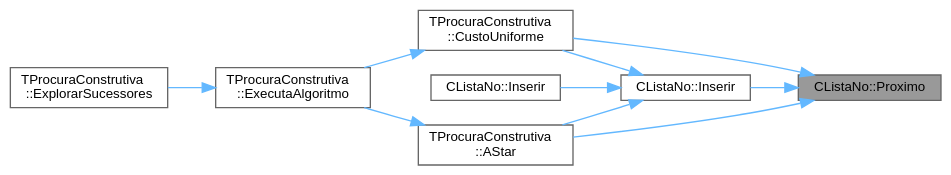
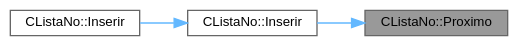
One commit to jcoelho72/TProcura changed the diagram in classCListaNo_ac0247e41530a14c23afb3279fa15bbfa_icgraph.dot. Above: the diagram before and after it, drawn with Graphviz. The commit also changed 1026 other files, not shown here.

```diff
--- a/classCListaNo_ac0247e41530a14c23afb3279fa15bbfa_icgraph.dot
+++ b/classCListaNo_ac0247e41530a14c23afb3279fa15bbfa_icgraph.dot
@@ -1,24 +1,13 @@
 digraph "CListaNo::Proximo"
 {
  // LATEX_PDF_SIZE
   bgcolor="transparent";
   edge [fontname=Helvetica,fontsize=10,labelfontname=Helvetica,labelfontsize=10];
   node [fontname=Helvetica,fontsize=10,shape=box,height=0.2,width=0.4];
   rankdir="RL";
   Node1 [id="Node000001",label="CListaNo::Proximo",height=0.2,width=0.4,color="gray40", fillcolor="grey60", style="filled", fontcolor="black",tooltip=" "];
-  Node1 -> Node2 [id="edge10_Node000001_Node000002",dir="back",color="steelblue1",style="solid",tooltip=" "];
-  Node2 [id="Node000002",label="TProcuraConstrutiva\l::AStar",height=0.2,width=0.4,color="grey40", fillcolor="white", style="filled",URL="$group__ProcurasInformadas.html#ga37dd78e1a9a6742700728135f81964b4",tooltip="Executa a procura A*, algoritmo informado."];
-  Node2 -> Node3 [id="edge11_Node000002_Node000003",dir="back",color="steelblue1",style="solid",tooltip=" "];
-  Node3 [id="Node000003",label="TProcuraConstrutiva\l::ExecutaAlgoritmo",height=0.2,width=0.4,color="grey40", fillcolor="white", style="filled",URL="$group__RedefinicaoOpcional.html#gae52871eb18c8ae656a2174acf43b3bb3",tooltip="Executa o algoritmo com os parametros atuais."];
-  Node3 -> Node4 [id="edge12_Node000003_Node000004",dir="back",color="steelblue1",style="solid",tooltip=" "];
-  Node4 [id="Node000004",label="TProcuraConstrutiva\l::ExplorarSucessores",height=0.2,width=0.4,color="grey40", fillcolor="white", style="filled",URL="$classTProcuraConstrutiva.html#a9fda19c96c9cd874fa45578bcc30f607",tooltip=" "];
-  Node1 -> Node5 [id="edge13_Node000001_Node000005",dir="back",color="steelblue1",style="solid",tooltip=" "];
-  Node5 [id="Node000005",label="TProcuraConstrutiva\l::CustoUniforme",height=0.2,width=0.4,color="grey40", fillcolor="white", style="filled",URL="$group__ProcurasCegas.html#ga2343fafdecfd55b69c0ffb71e8f9426b",tooltip="Executa a procura por custo uniforme, algoritmo cego."];
-  Node5 -> Node3 [id="edge14_Node000005_Node000003",dir="back",color="steelblue1",style="solid",tooltip=" "];
-  Node1 -> Node6 [id="edge15_Node000001_Node000006",dir="back",color="steelblue1",style="solid",tooltip=" "];
-  Node6 [id="Node000006",label="CListaNo::Inserir",height=0.2,width=0.4,color="grey40", fillcolor="white", style="filled",URL="$classCListaNo.html#a7f8ea2bd2165fba49823cc35146f7981",tooltip=" "];
-  Node6 -> Node2 [id="edge16_Node000006_Node000002",dir="back",color="steelblue1",style="solid",tooltip=" "];
-  Node6 -> Node5 [id="edge17_Node000006_Node000005",dir="back",color="steelblue1",style="solid",tooltip=" "];
-  Node6 -> Node7 [id="edge18_Node000006_Node000007",dir="back",color="steelblue1",style="solid",tooltip=" "];
-  Node7 [id="Node000007",label="CListaNo::Inserir",height=0.2,width=0.4,color="grey40", fillcolor="white", style="filled",URL="$classCListaNo.html#a487ec70de88cd34f0f4356b5d0144c72",tooltip=" "];
+  Node1 -> Node2 [id="edge3_Node000001_Node000002",dir="back",color="steelblue1",style="solid",tooltip=" "];
+  Node2 [id="Node000002",label="CListaNo::Inserir",height=0.2,width=0.4,color="grey40", fillcolor="white", style="filled",URL="$classCListaNo.html#a7f8ea2bd2165fba49823cc35146f7981",tooltip=" "];
+  Node2 -> Node3 [id="edge4_Node000002_Node000003",dir="back",color="steelblue1",style="solid",tooltip=" "];
+  Node3 [id="Node000003",label="CListaNo::Inserir",height=0.2,width=0.4,color="grey40", fillcolor="white", style="filled",URL="$classCListaNo.html#a487ec70de88cd34f0f4356b5d0144c72",tooltip=" "];
 }
```
